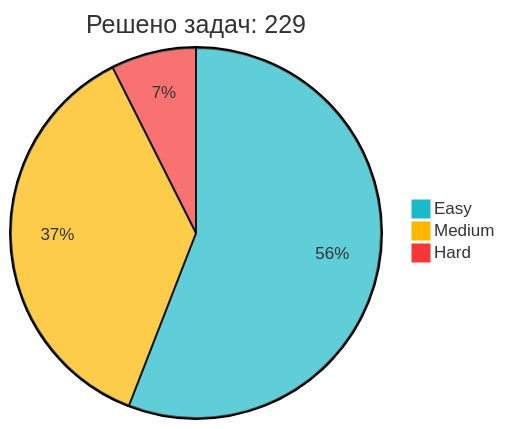
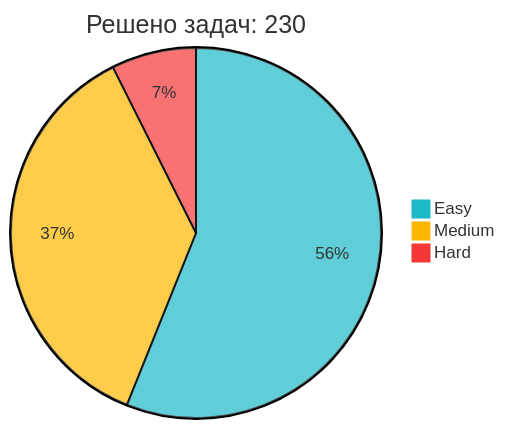
Before and after one commit to IliaKurdukov/IliaKurdukov: the diagram in README.md, drawn with Mermaid. The commit also changed other lines of this file, not shown here.

Commit message:
📈 Обновление статистики LeetCode

````diff
--- a/README.md
+++ b/README.md
@@ -51,7 +51,7 @@
 ```mermaid
 %%{init: {'theme': 'base', 'themeVariables': { 'pie1': '#1CBAC8', 'pie2': '#FEB700', 'pie3': '#F63737' }, 'config': {'width': 300, 'height': 200}}}%%
-pie title Решено задач: 229
-   "Easy" : 128
+pie title Решено задач: 230
+   "Easy" : 129
    "Medium" : 84
    "Hard" : 17
 ```
````
